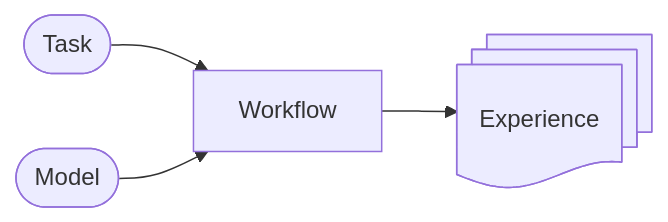
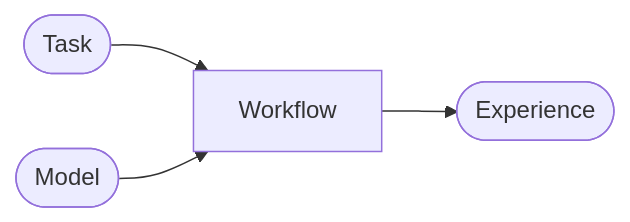
One commit to pan-x-c/Trinity-RFT changed the diagram in docs/sphinx_doc/source_zh/tutorial/develop_workflow.md. Above: the diagram before and after it, drawn with Mermaid. The commit also changed other lines of this file and 4 other files, not shown here.

````diff
--- a/docs/sphinx_doc/source_zh/tutorial/develop_workflow.md
+++ b/docs/sphinx_doc/source_zh/tutorial/develop_workflow.md
@@ -13,5 +13,5 @@
 ```{mermaid}
 flowchart LR
     A([Task]) & B([Model]) --> C[Workflow]
-    C --> D@{ shape: docs, label: Experience }
+    C --> D([Experience])
 ```
````
